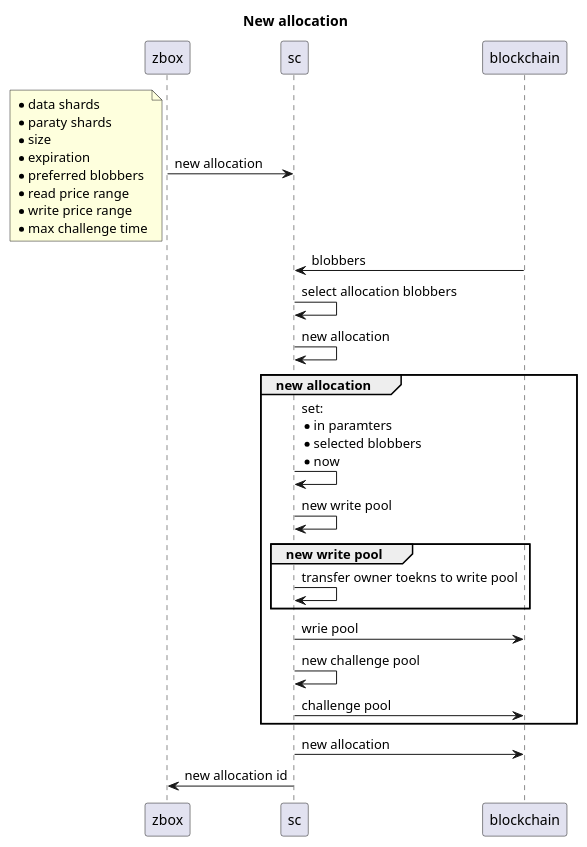
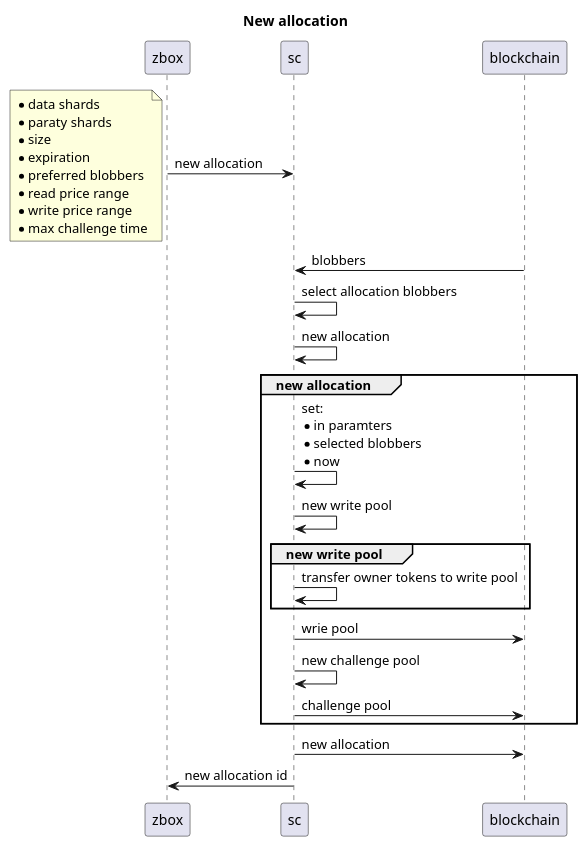
One commit to 0chain/zboxcli changed the second of 11 diagrams in documents/uml.md. Above: the diagram before and after it, drawn with PlantUML. The commit also changed 1 other file, not shown here.

````diff
--- a/documents/uml.md
+++ b/documents/uml.md
@@ -31,29 +31,29 @@
 ```puml
 title New allocation
 zbox -> sc : new allocation
 note left
     * data shards
     * paraty shards
     * size
     * expiration
     * preferred blobbers
     * read price range
     * write price range
     * max challenge time
 end note
     blockchain -> sc : blobbers
     sc -> sc : select allocation blobbers
     sc -> sc : new allocation
     group new allocation
         sc -> sc : set:\n* in paramters\n* selected blobbers\n* now
         sc -> sc : new write pool
         group new write pool
-            sc -> sc : transfer owner toekns to write pool
+            sc -> sc : transfer owner tokens to write pool
         end 
         sc -> blockchain : wrie pool
         sc -> sc : new challenge pool    
         sc -> blockchain : challenge pool    
     end
     sc -> blockchain : new allocation
 sc -> zbox : new allocation id
 ```
````
